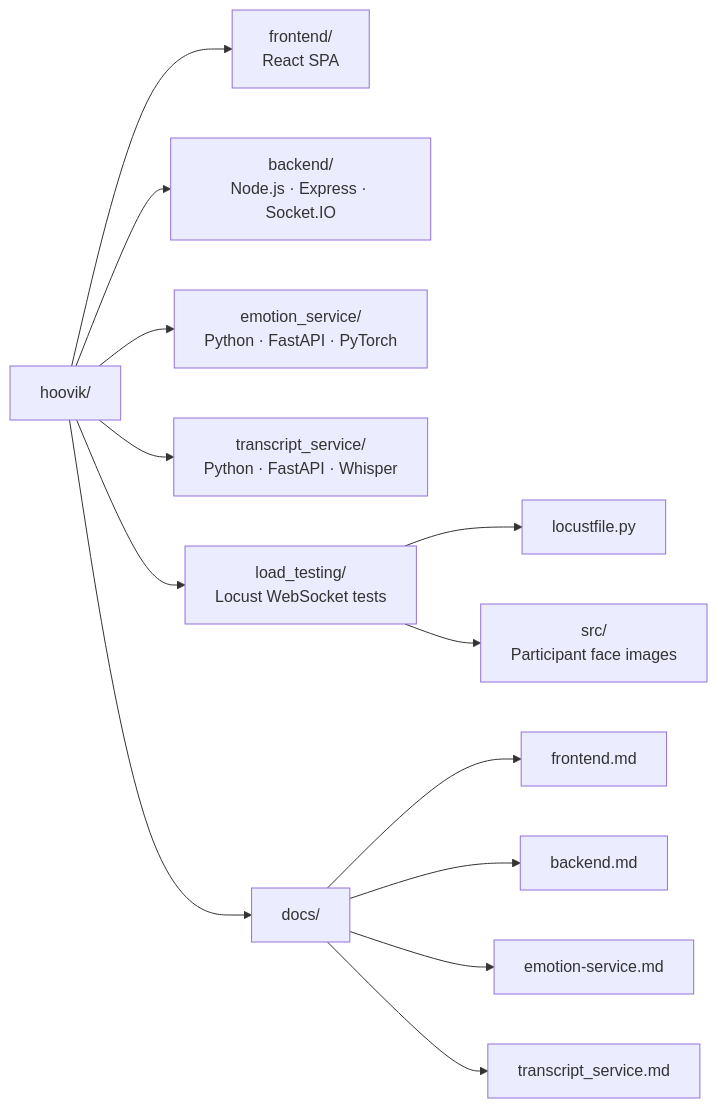
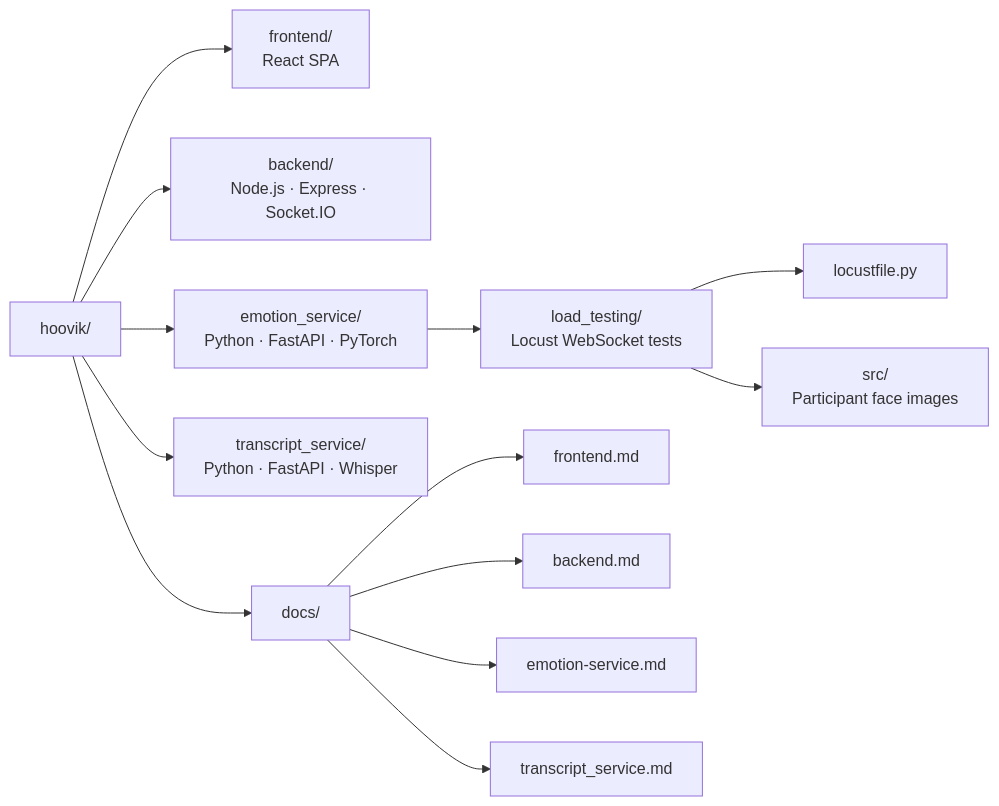
The first of 9 diagrams in README.md (AnupamKumar-1/Hoovik), drawn with Mermaid before and after one commit. The commit also changed other lines of this file, not shown here.

Commit message:
fix: move load_testing under emotion_service in repo structure diagram and highlights

````diff
--- a/README.md
+++ b/README.md
@@ -166,20 +166,21 @@
 ```mermaid
 graph LR
     Root["hoovik/"]
     FE["frontend/\nReact SPA"]
     BE["backend/\nNode.js · Express · Socket.IO"]
     EM["emotion_service/\nPython · FastAPI · PyTorch"]
     TR["transcript_service/\nPython · FastAPI · Whisper"]
     LT["load_testing/\nLocust WebSocket tests"]
     LF["locustfile.py"]
     SR["src/\nParticipant face images"]
     DO["docs/"]
     FD["frontend.md"]
     BD["backend.md"]
     ED["emotion-service.md"]
     TD["transcript_service.md"]
 
-    Root --> FE & BE & EM & TR & LT & DO
+    Root --> FE & BE & EM & TR & DO
+    EM --> LT
     LT --> LF & SR
     DO --> FD & BD & ED & TD
 ```
````
